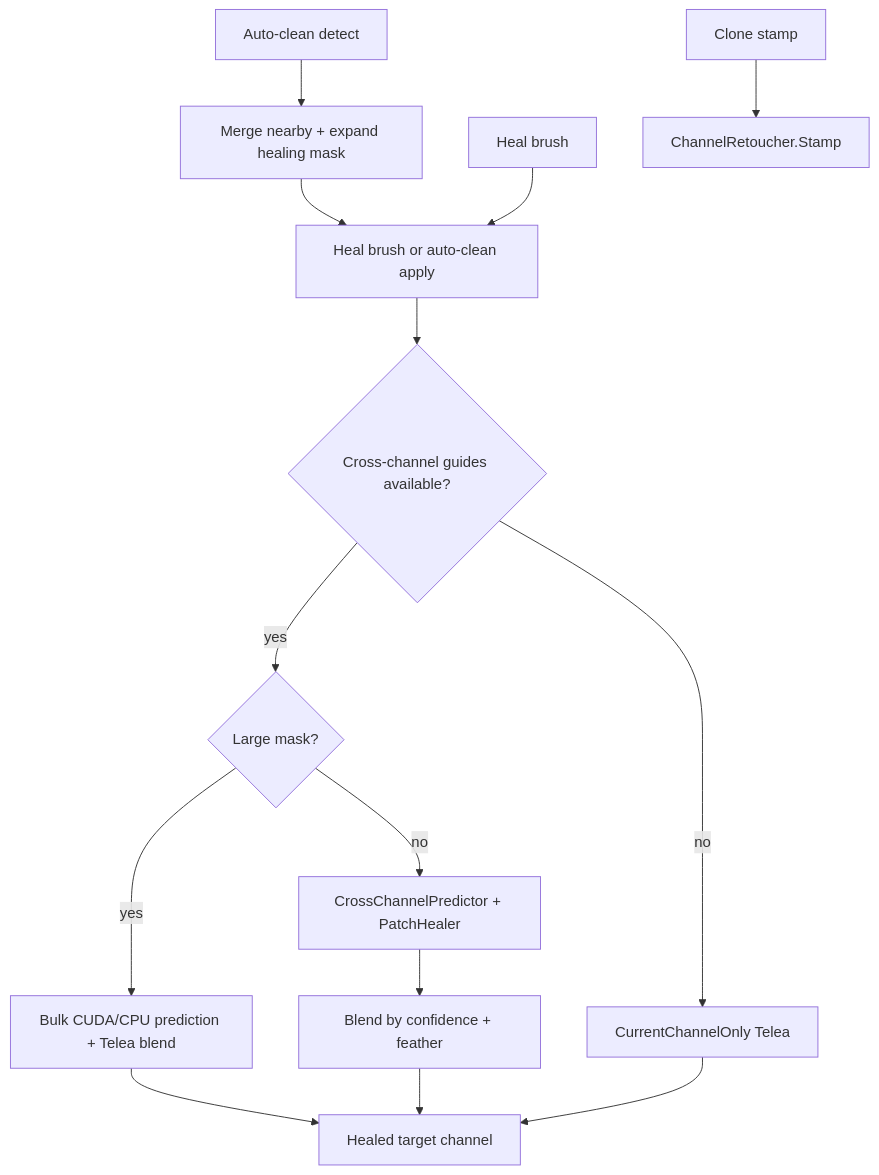
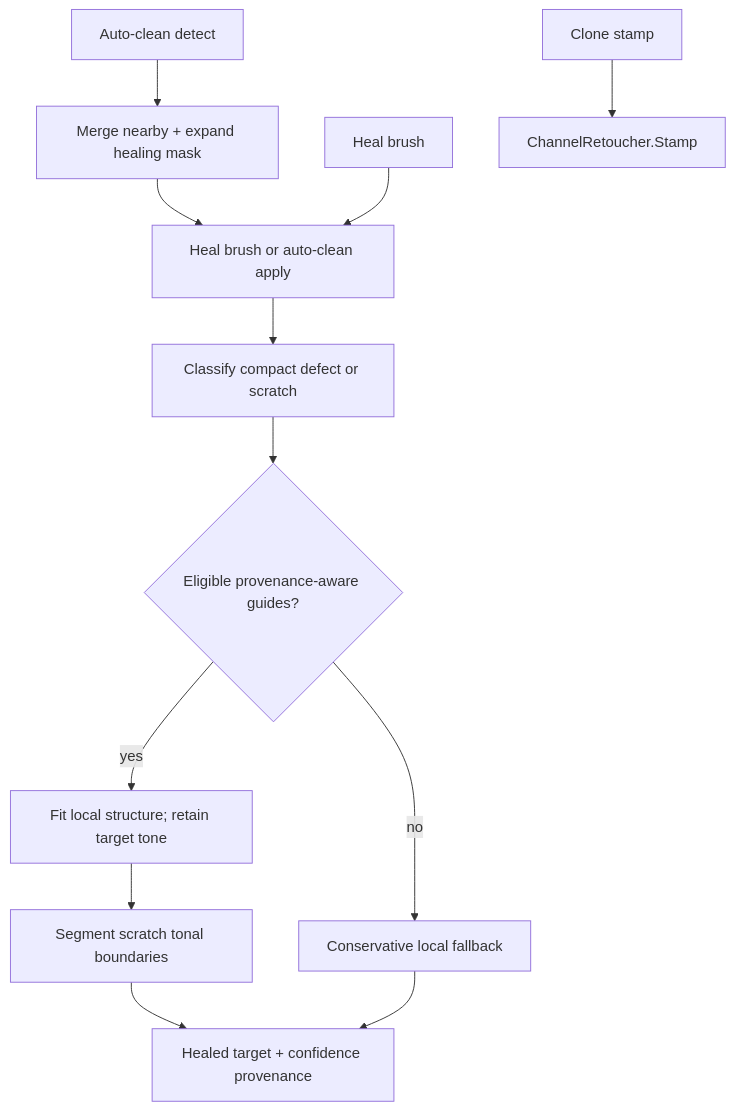
The second of 3 diagrams in docs/architecture.md (antsht/-Prokudin), drawn with Mermaid before and after one commit. The commit also changed other lines of this file and 35 other files, not shown here.

Commit message:
feat(retouch): add provenance-aware guided healing

````diff
--- a/docs/architecture.md
+++ b/docs/architecture.md
@@ -177,17 +179,15 @@
 ```mermaid
 flowchart TD
   auto[Auto-clean detect]
   auto --> prep[Merge nearby + expand healing mask]
   prep --> stroke[Heal brush or auto-clean apply]
   brush[Heal brush] --> stroke
-  stroke --> guides{Cross-channel guides available?}
-  guides -->|yes| large{Large mask?}
-  large -->|yes| bulk[Bulk CUDA/CPU prediction + Telea blend]
-  large -->|no| cc[CrossChannelPredictor + PatchHealer]
-  guides -->|no| fallback[CurrentChannelOnly Telea]
-  cc --> blend[Blend by confidence + feather]
-  bulk --> out[Healed target channel]
-  fallback --> out[Healed target channel]
-  blend --> out
+  stroke --> classify[Classify compact defect or scratch]
+  classify --> guides{Eligible provenance-aware guides?}
+  guides -->|yes| structure[Fit local structure; retain target tone]
+  guides -->|no| fallback[Conservative local fallback]
+  structure --> boundary[Segment scratch tonal boundaries]
+  boundary --> outcome[Healed target + confidence provenance]
+  fallback --> outcome
   stamp[Clone stamp] --> copy[ChannelRetoucher.Stamp]
 ```
````
